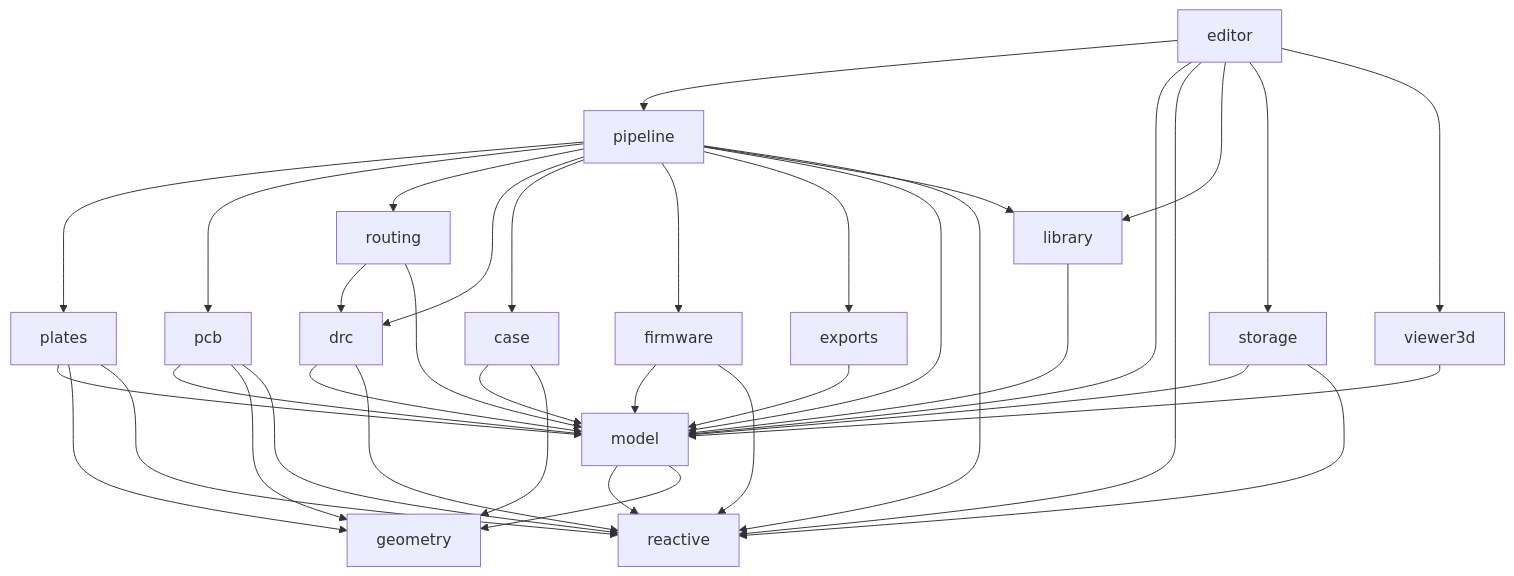
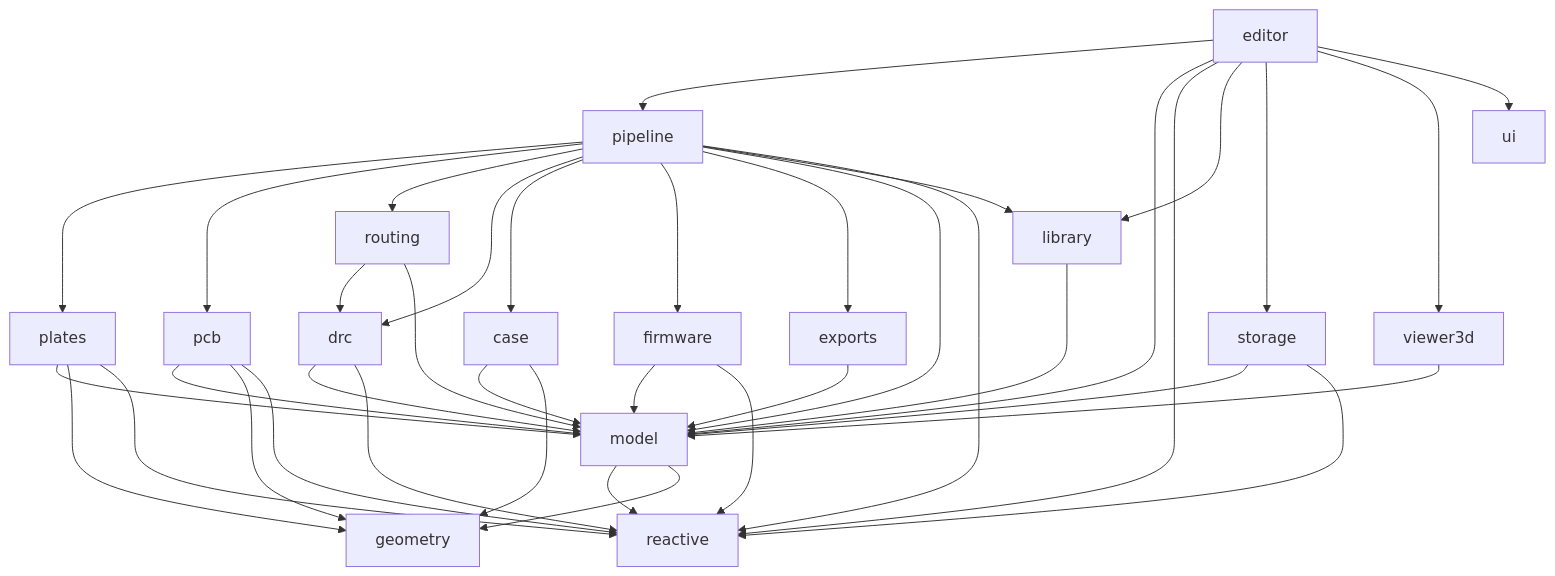
The second of 3 diagrams in _bmad-output/architecture-keeb-cad-layout-model/architecture-keeb-cad-layout-model.md (KeebCAD/keeb-cad), drawn with Mermaid before and after one commit. The commit also changed other lines of this file and 4 other files, not shown here.

````diff
--- a/_bmad-output/architecture-keeb-cad-layout-model/architecture-keeb-cad-layout-model.md
+++ b/_bmad-output/architecture-keeb-cad-layout-model/architecture-keeb-cad-layout-model.md
@@ -280,30 +282,31 @@
 ```mermaid
 graph TD
   editor --> pipeline
   editor --> model
   editor --> reactive
   editor --> library
   editor --> storage
   editor --> viewer3d
+  editor --> ui
   viewer3d --> model
   pipeline --> plates & pcb & routing & drc & case & firmware & exports
   pipeline --> model
   pipeline --> library
   routing --> drc
   plates --> model
   pcb --> model
   routing --> model
   drc --> model
   case --> model
   firmware --> model
   exports --> model
   library --> model
   storage --> model
   storage --> reactive
   pipeline --> reactive
   model --> reactive & geometry
   plates --> geometry
   pcb --> geometry
   case --> geometry
   plates & pcb & firmware & drc --> reactive
 ```
````
